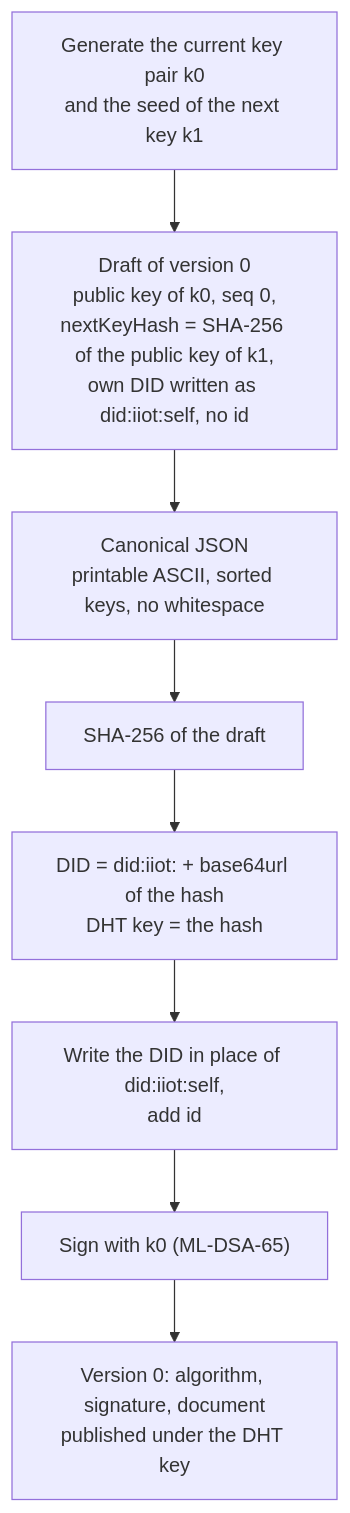
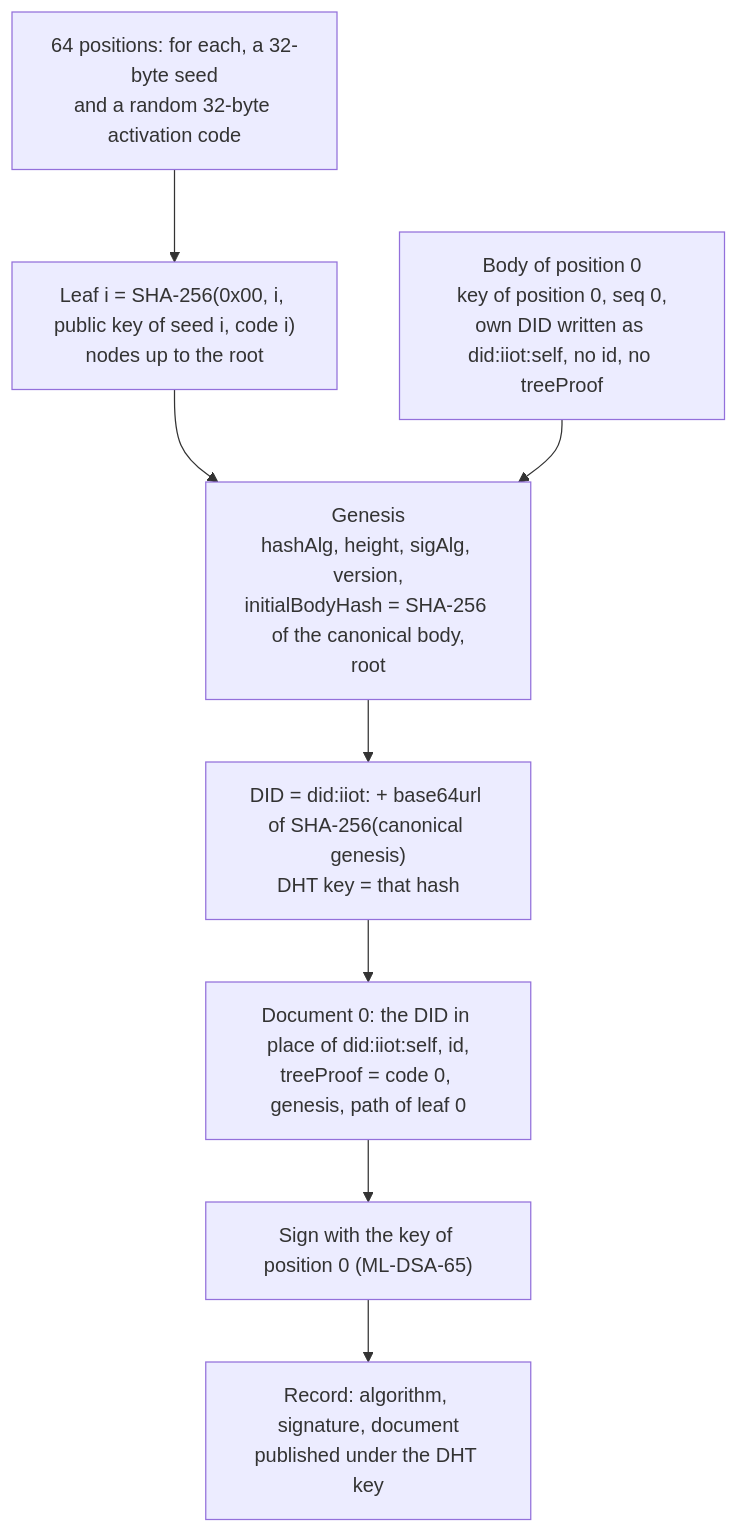
The diagram in docs/design/did-creation.mmd (fratrung/auth-kademlia-rs), drawn with Mermaid before and after one commit. The commit also changed 28 other files, not shown here.

First line of the commit message:
docs: describe the tree of rotation keys

```diff
--- a/docs/design/did-creation.mmd
+++ b/docs/design/did-creation.mmd
@@ -1,10 +1,12 @@
 flowchart TB
-    K["Generate the current key pair k0<br/>and the seed of the next key k1"]
-    D["Draft of version 0<br/>public key of k0, seq 0,<br/>nextKeyHash = SHA-256 of the public key of k1,<br/>own DID written as did:iiot:self, no id"]
-    C["Canonical JSON<br/>printable ASCII, sorted keys, no whitespace"]
-    H["SHA-256 of the draft"]
-    DID["DID = did:iiot: + base64url of the hash<br/>DHT key = the hash"]
-    F["Write the DID in place of did:iiot:self,<br/>add id"]
-    S["Sign with k0 (ML-DSA-65)"]
-    R["Version 0: algorithm, signature, document<br/>published under the DHT key"]
-    K --> D --> C --> H --> DID --> F --> S --> R
+    S["64 positions: for each, a 32-byte seed<br/>and a random 32-byte activation code"]
+    L["Leaf i = SHA-256(0x00, i, public key of seed i, code i)<br/>nodes up to the root"]
+    B["Body of position 0<br/>key of position 0, seq 0,<br/>own DID written as did:iiot:self, no id, no treeProof"]
+    G["Genesis<br/>hashAlg, height, sigAlg, version,<br/>initialBodyHash = SHA-256 of the canonical body,<br/>root"]
+    DID["DID = did:iiot: + base64url of SHA-256(canonical genesis)<br/>DHT key = that hash"]
+    F["Document 0: the DID in place of did:iiot:self, id,<br/>treeProof = code 0, genesis, path of leaf 0"]
+    SIG["Sign with the key of position 0 (ML-DSA-65)"]
+    R["Record: algorithm, signature, document<br/>published under the DHT key"]
+    S --> L --> G
+    B --> G
+    G --> DID --> F --> SIG --> R
```
